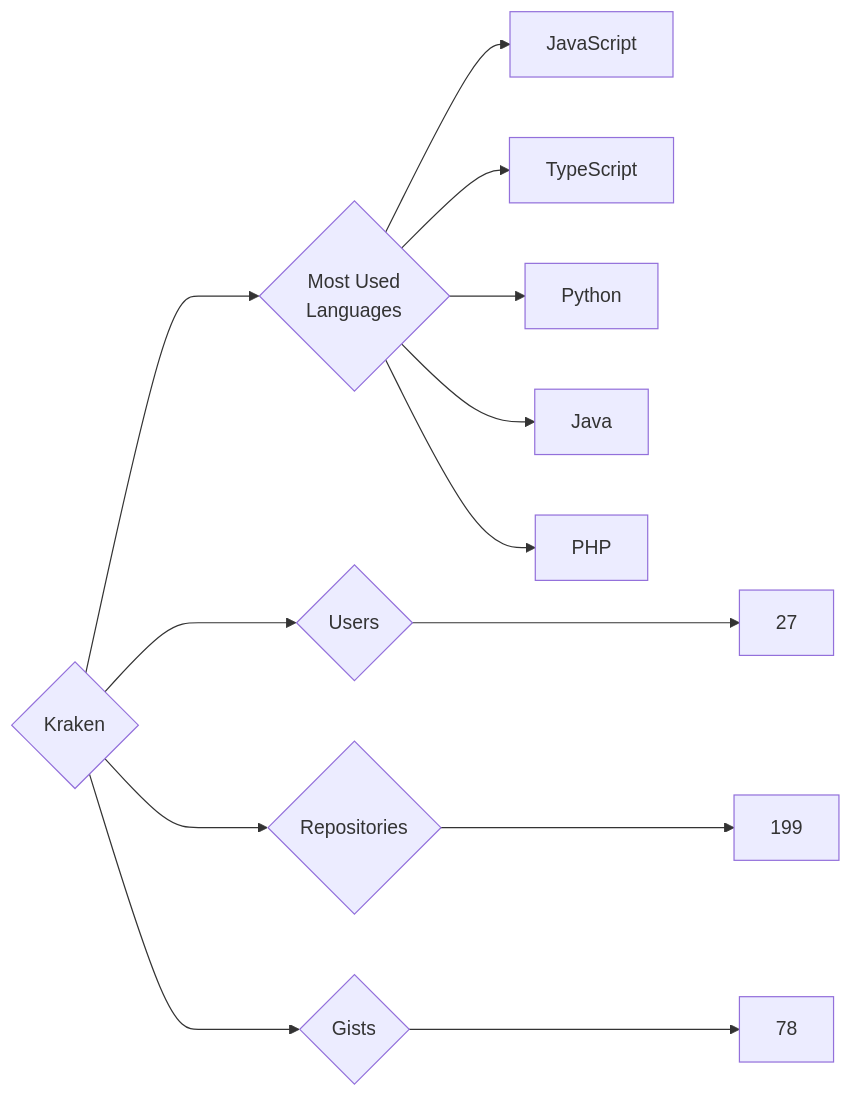
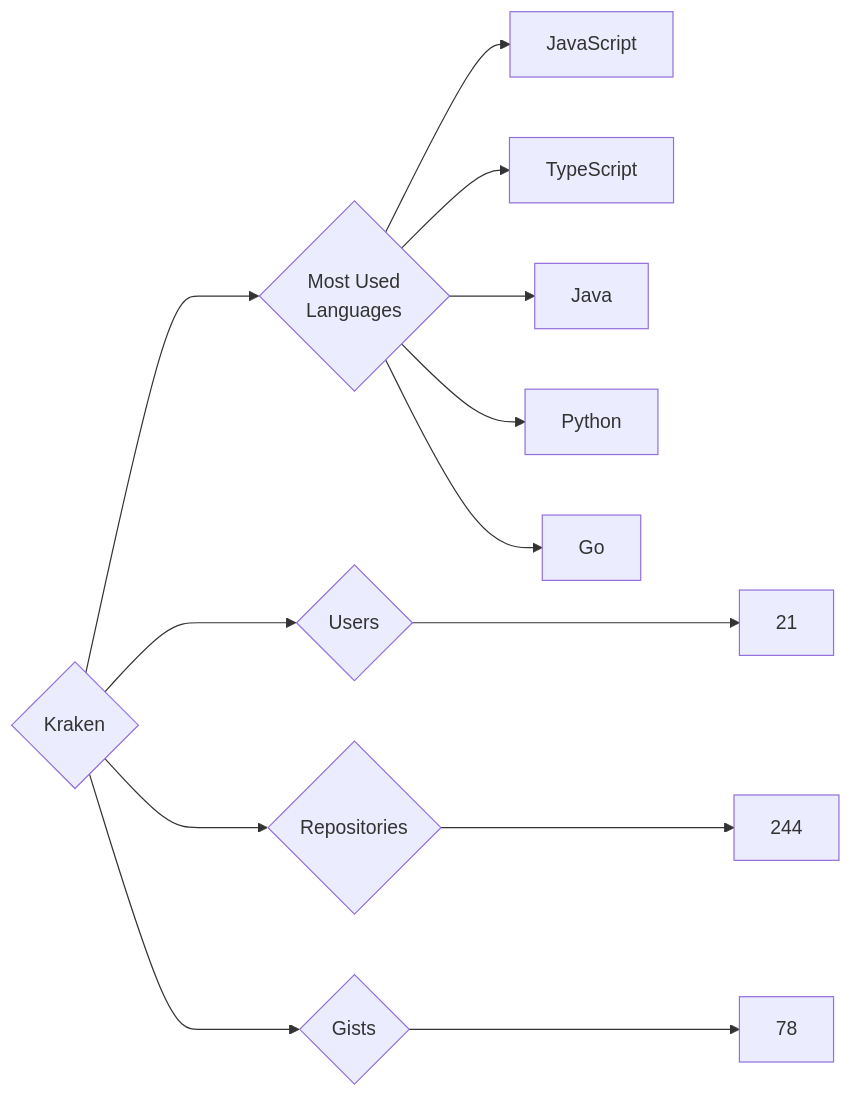
The diagram in targets/Kraken/README.md (trickest/insiders), drawn with Mermaid before and after one commit. The commit also changed 736 other files, not shown here.

````diff
--- a/targets/Kraken/README.md
+++ b/targets/Kraken/README.md
@@ -3,13 +3,13 @@
 ```mermaid
 graph LR
 COMPANY_NAME{Kraken}
-COMPANY_NAME ---> U{Users} ---> UN[27]
-COMPANY_NAME ---> R{Repositories} ---> RN[199]
+COMPANY_NAME ---> U{Users} ---> UN[21]
+COMPANY_NAME ---> R{Repositories} ---> RN[244]
 COMPANY_NAME ---> G{Gists} ---> GN[78]
 COMPANY_NAME ---> ML{Most Used<br>Languages}
 ML --> JavaScript[JavaScript]
 ML --> TypeScript[TypeScript]
+ML --> Java[Java]
 ML --> Python[Python]
-ML --> Java[Java]
-ML --> PHP[PHP]
+ML --> Go[Go]
 ```
````
